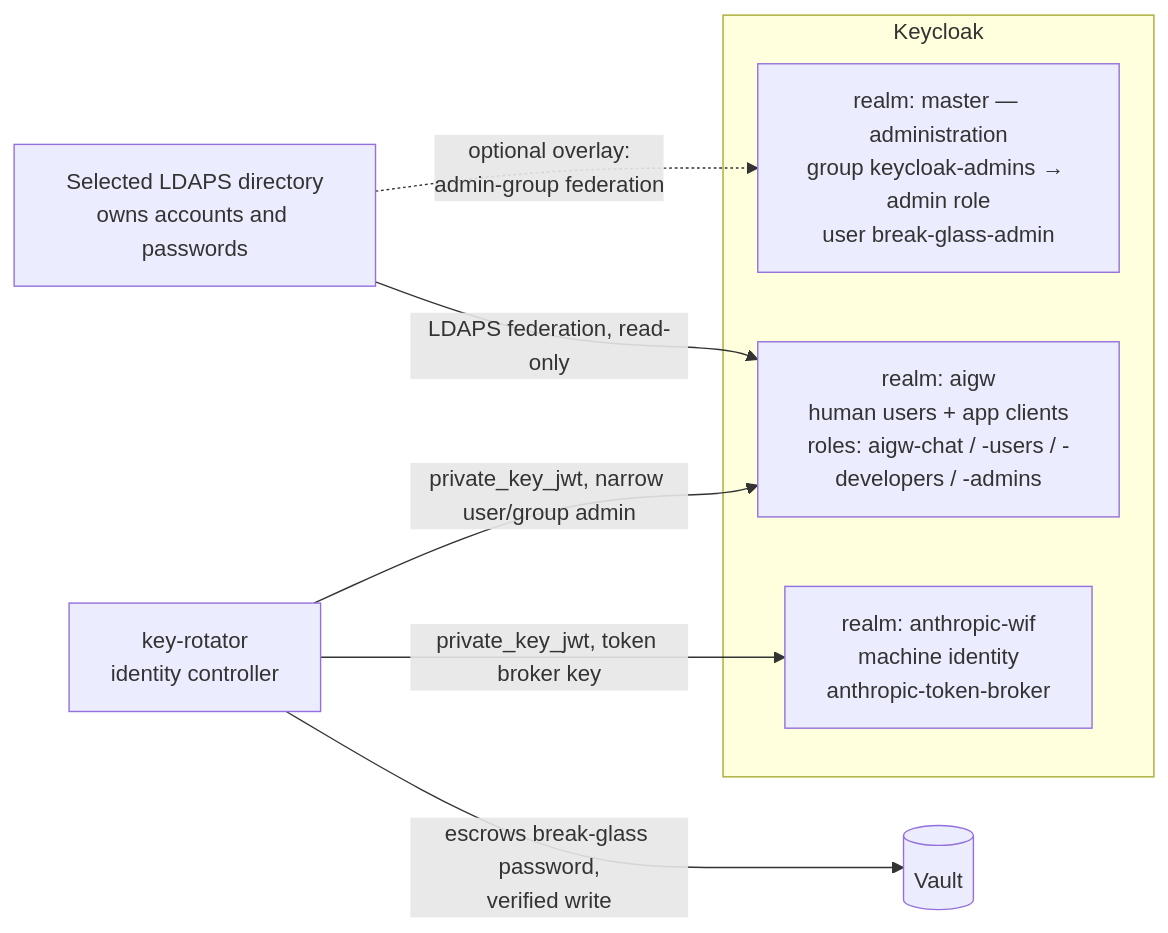
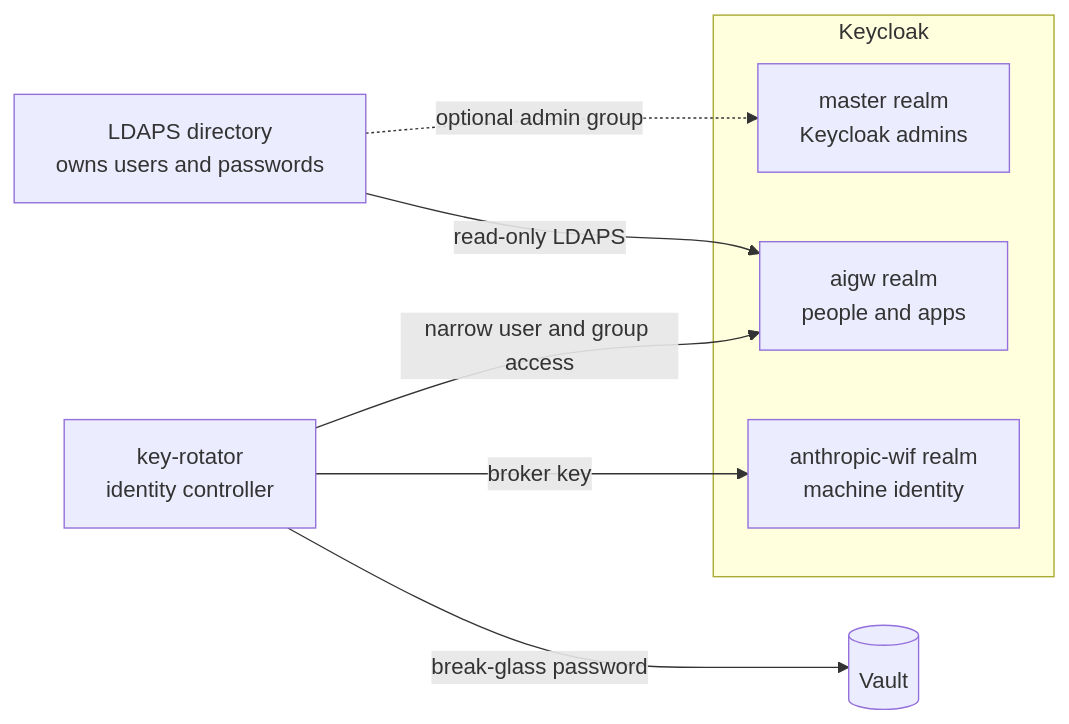
Before and after one commit to derhornspieler/ai-gateway: the diagram in docs/keycloak-realm-architecture.md, drawn with Mermaid. The commit also changed other lines of this file, not shown here.

Commit message:
docs(identity): rewrite Keycloak design in plain language

````diff
--- a/docs/keycloak-realm-architecture.md
+++ b/docs/keycloak-realm-architecture.md
@@ -45,18 +31,18 @@
 ```mermaid
 flowchart LR
-  AD[Selected LDAPS directory<br/>owns accounts and passwords]
+  AD[LDAPS directory<br/>owns users and passwords]
   KR[key-rotator<br/>identity controller]
   V[(Vault)]
 
   subgraph KC [Keycloak]
-    M["realm: master — administration<br/>group keycloak-admins → admin role<br/>user break-glass-admin"]
-    A["realm: aigw<br/>human users + app clients<br/>roles: aigw-chat / -users / -developers / -admins"]
-    W["realm: anthropic-wif<br/>machine identity<br/>anthropic-token-broker"]
+    M[master realm<br/>Keycloak admins]
+    A[aigw realm<br/>people and apps]
+    W[anthropic-wif realm<br/>machine identity]
   end
 
-  AD -->|LDAPS federation, read-only| A
-  AD -.->|optional overlay:<br/>admin-group federation| M
-  KR -->|private_key_jwt, narrow user/group admin| A
-  KR -->|private_key_jwt, token broker key| W
-  KR -->|escrows break-glass password,<br/>verified write| V
+  AD -->|read-only LDAPS| A
+  AD -.->|optional admin group| M
+  KR -->|narrow user and group access| A
+  KR -->|broker key| W
+  KR -->|break-glass password| V
 ```
````
